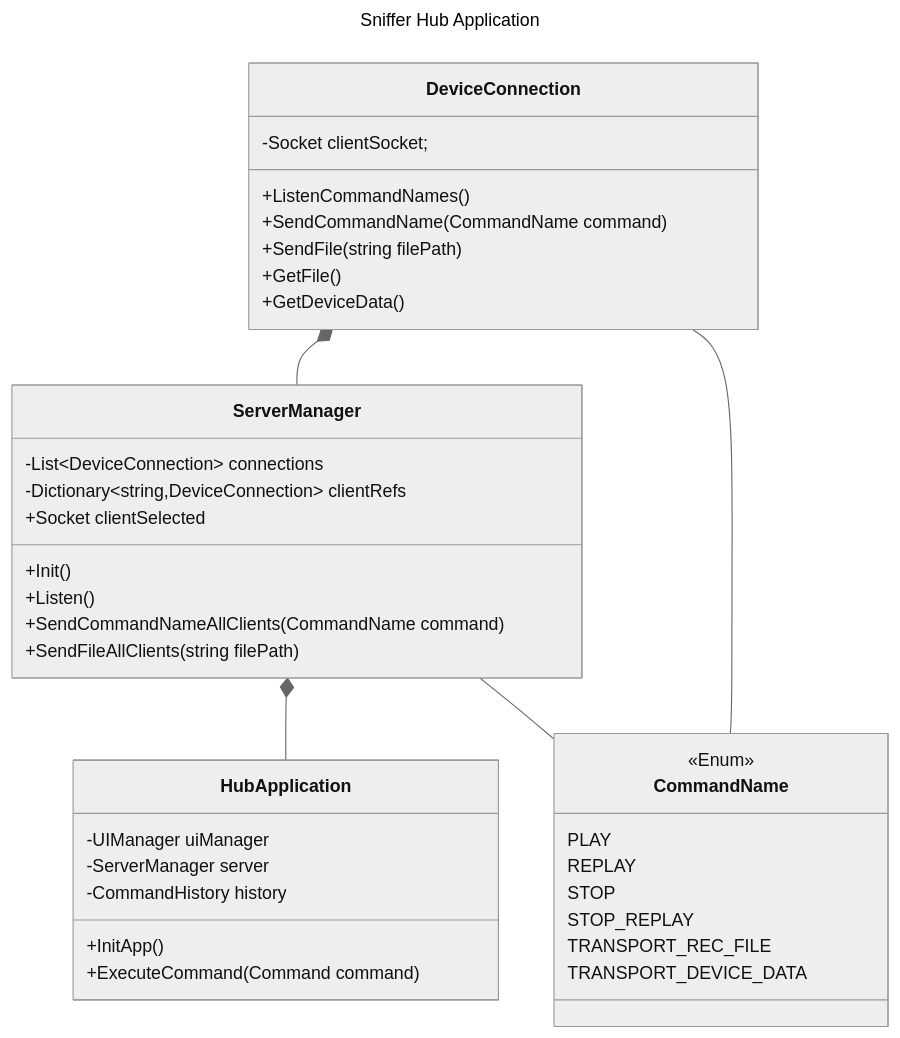
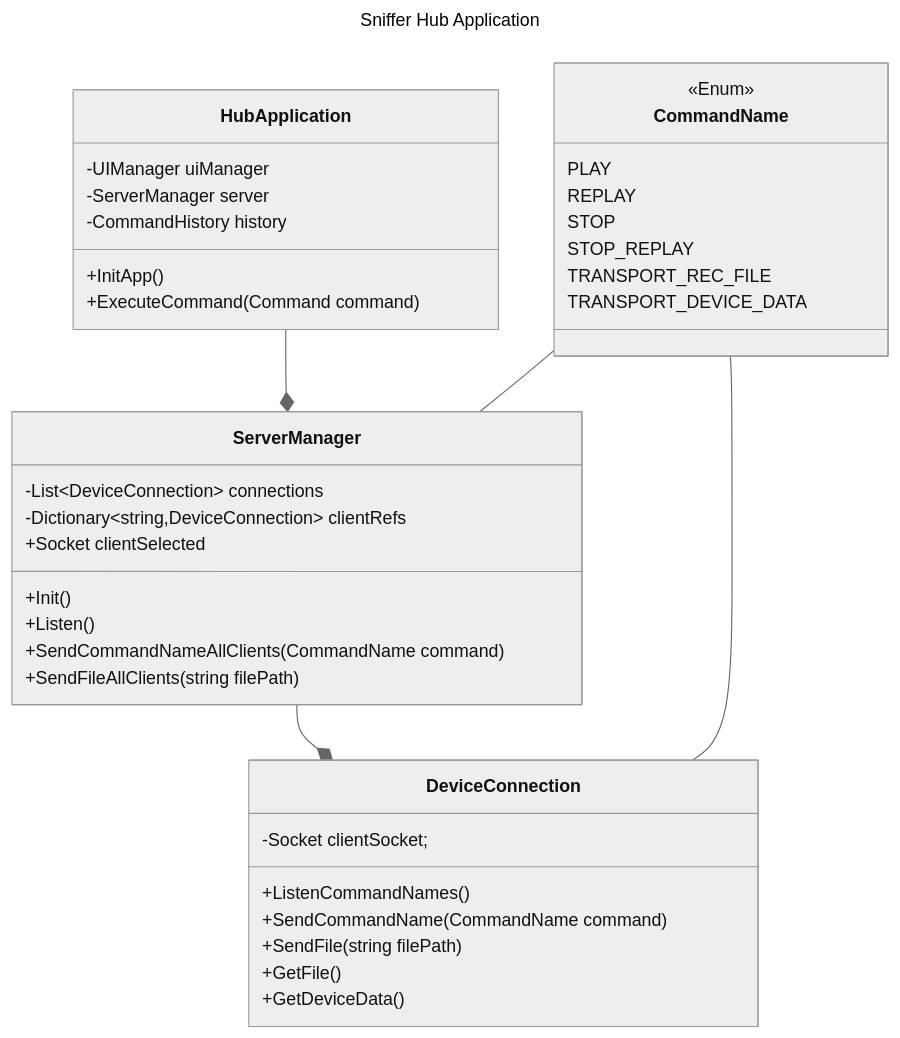
Before and after one commit to cmcm21/QAUnityTool: the first of 3 diagrams in sniffer_vault/Architecture/Sniffer Hub.md, drawn with Mermaid (neutral theme). The commit also changed other lines of this file and 11 other files, not shown here.

````diff
--- a/sniffer_vault/Architecture/Sniffer Hub.md
+++ b/sniffer_vault/Architecture/Sniffer Hub.md
@@ -1,50 +1,51 @@
 ```mermaid 
 ---
 title: Sniffer Hub Application
 ---
 classDiagram
+direction BT
 class HubApplication {
 	-UIManager uiManager
 	-ServerManager server
 	-CommandHistory history
 	 
 	+InitApp()
 	+ExecuteCommand(Command command) 
 }
 
 class CommandName{
 <<Enum>>
 	PLAY
 	REPLAY
 	STOP
 	STOP_REPLAY
 	TRANSPORT_REC_FILE
 	TRANSPORT_DEVICE_DATA	
 }
 
 class ServerManager{
 	-List~DeviceConnection~ connections
 	-Dictionary~string,DeviceConnection~ clientRefs
 	+Socket clientSelected
  
 	+Init()
 	+Listen()
 	+SendCommandNameAllClients(CommandName command)
 	+SendFileAllClients(string filePath) 
 } 
 
 class DeviceConnection{
 	-Socket clientSocket;
 	
 	+ListenCommandNames()
 	+SendCommandName(CommandName command)
 	+SendFile(string filePath) 
 	+GetFile()
 	+GetDeviceData()
 }
 
 ServerManager*--HubApplication
 DeviceConnection*--ServerManager
 DeviceConnection--CommandName
 ServerManager--CommandName
 ```
````
